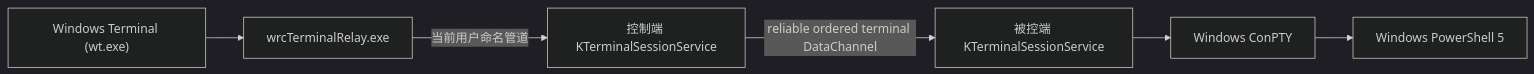
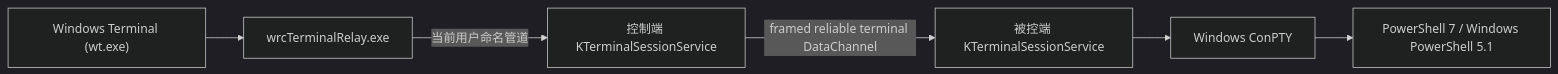
One commit to lyn-un/winRemoteControl changed the diagram in docs/features/remote-terminal.md. Above: the diagram before and after it, drawn with Mermaid (dark theme). The commit also changed other lines of this file and 49 other files, not shown here.

Commit message:
feat: harden terminal transport and session flows

````diff
--- a/docs/features/remote-terminal.md
+++ b/docs/features/remote-terminal.md
@@ -7,8 +7,8 @@
 ```mermaid
 flowchart LR
     WT["Windows Terminal (wt.exe)"] --> Relay["wrcTerminalRelay.exe"]
     Relay -->|"当前用户命名管道"| Controller["控制端 KTerminalSessionService"]
-    Controller -->|"reliable ordered terminal DataChannel"| Controlled["被控端 KTerminalSessionService"]
+    Controller -->|"framed reliable terminal DataChannel"| Controlled["被控端 KTerminalSessionService"]
     Controlled --> ConPTY["Windows ConPTY"]
-    ConPTY --> PS["Windows PowerShell 5"]
+    ConPTY --> PS["PowerShell 7 / Windows PowerShell 5.1"]
 ```
````
